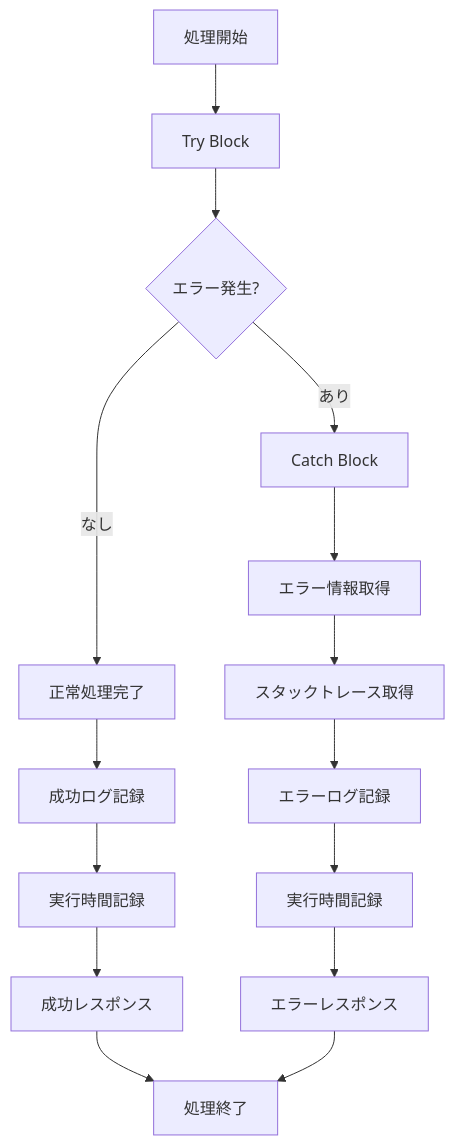
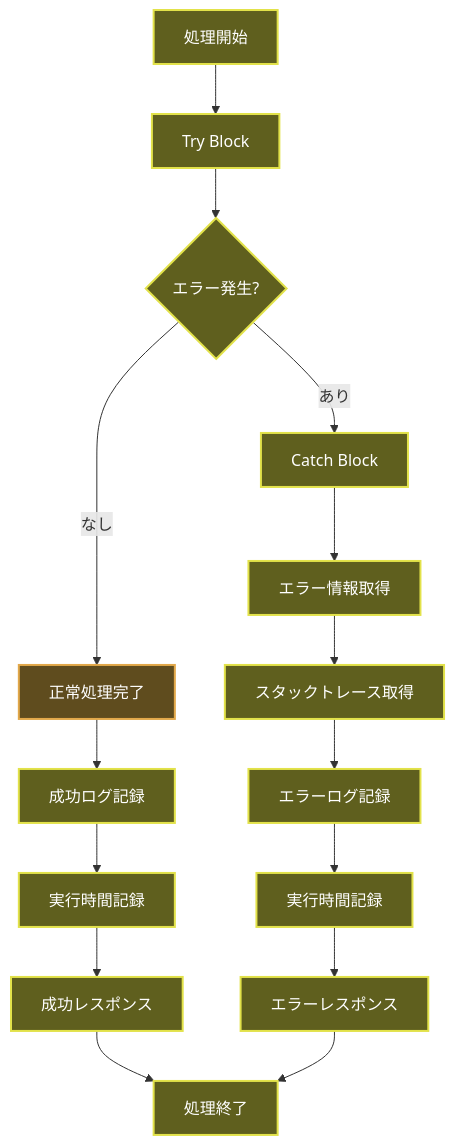
Before and after one commit to tasai-lab/appsheet-gas-automation: the fourth of 8 diagrams in gas_projects/projects/common/AppSheetSecureConnector/FLOW.md, drawn with Mermaid. The commit also changed other lines of this file and 15 other files, not shown here.

First line of the commit message:
docs: FLOW.mdにダークモード対応配色を適用 - 全15プロジェクト完了

````diff
--- a/gas_projects/projects/common/AppSheetSecureConnector/FLOW.md
+++ b/gas_projects/projects/common/AppSheetSecureConnector/FLOW.md
@@ -94,20 +122,35 @@
 ```mermaid
 flowchart TD
     A[処理開始] --> B[Try Block]
     B --> C{エラー発生?}
-    
+
     C -->|なし| D[正常処理完了]
     D --> E[成功ログ記録]
     E --> F[実行時間記録]
     F --> G[成功レスポンス]
-    
+
     C -->|あり| H[Catch Block]
     H --> I[エラー情報取得]
     I --> J[スタックトレース取得]
     J --> K[エラーログ記録]
     K --> L[実行時間記録]
     L --> M[エラーレスポンス]
-    
+
     G --> N[処理終了]
     M --> N
+
+    style A fill:#5f5f1e,stroke:#e2e24a,stroke-width:2px,color:#ffffff
+    style B fill:#5f5f1e,stroke:#e2e24a,stroke-width:2px,color:#ffffff
+    style C fill:#5f5f1e,stroke:#e2e24a,stroke-width:2px,color:#ffffff
+    style D fill:#5f4c1e,stroke:#e2a84a,stroke-width:2px,color:#ffffff
+    style E fill:#5f5f1e,stroke:#e2e24a,stroke-width:2px,color:#ffffff
+    style F fill:#5f5f1e,stroke:#e2e24a,stroke-width:2px,color:#ffffff
+    style G fill:#5f5f1e,stroke:#e2e24a,stroke-width:2px,color:#ffffff
+    style H fill:#5f5f1e,stroke:#e2e24a,stroke-width:2px,color:#ffffff
+    style I fill:#5f5f1e,stroke:#e2e24a,stroke-width:2px,color:#ffffff
+    style J fill:#5f5f1e,stroke:#e2e24a,stroke-width:2px,color:#ffffff
+    style K fill:#5f5f1e,stroke:#e2e24a,stroke-width:2px,color:#ffffff
+    style L fill:#5f5f1e,stroke:#e2e24a,stroke-width:2px,color:#ffffff
+    style M fill:#5f5f1e,stroke:#e2e24a,stroke-width:2px,color:#ffffff
+    style N fill:#5f5f1e,stroke:#e2e24a,stroke-width:2px,color:#ffffff
 ```
````
